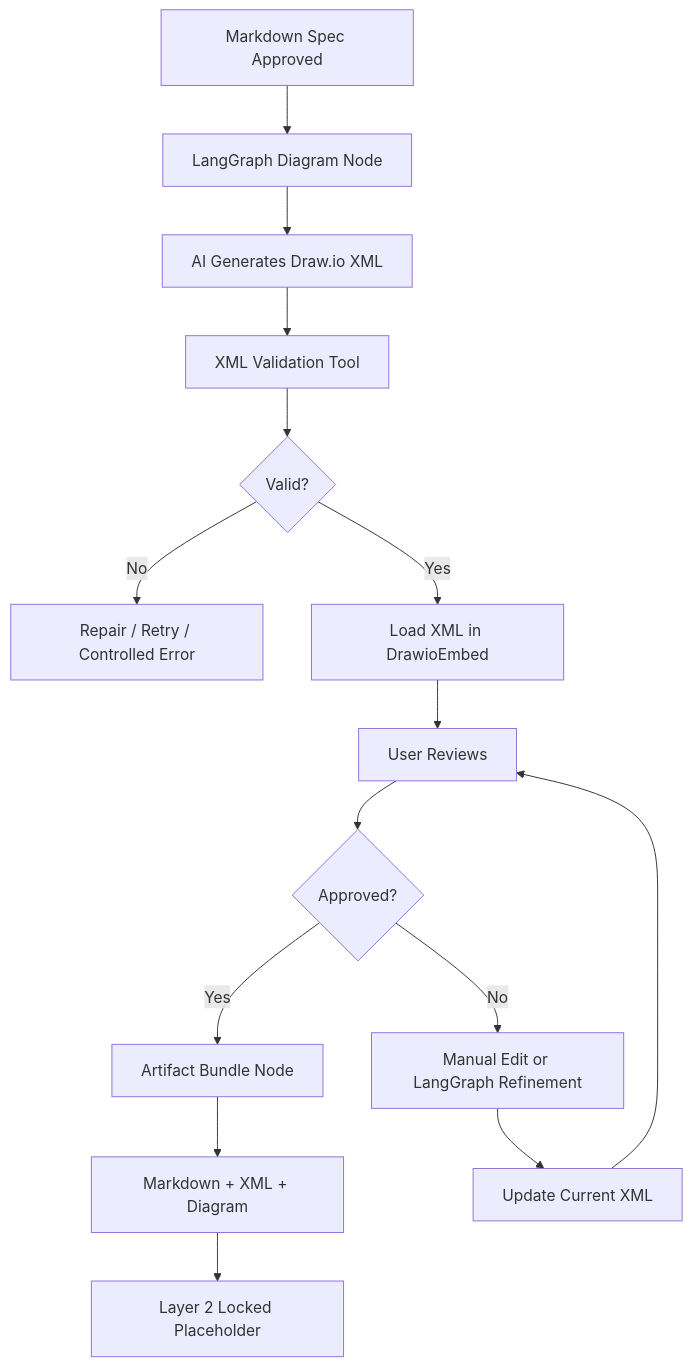
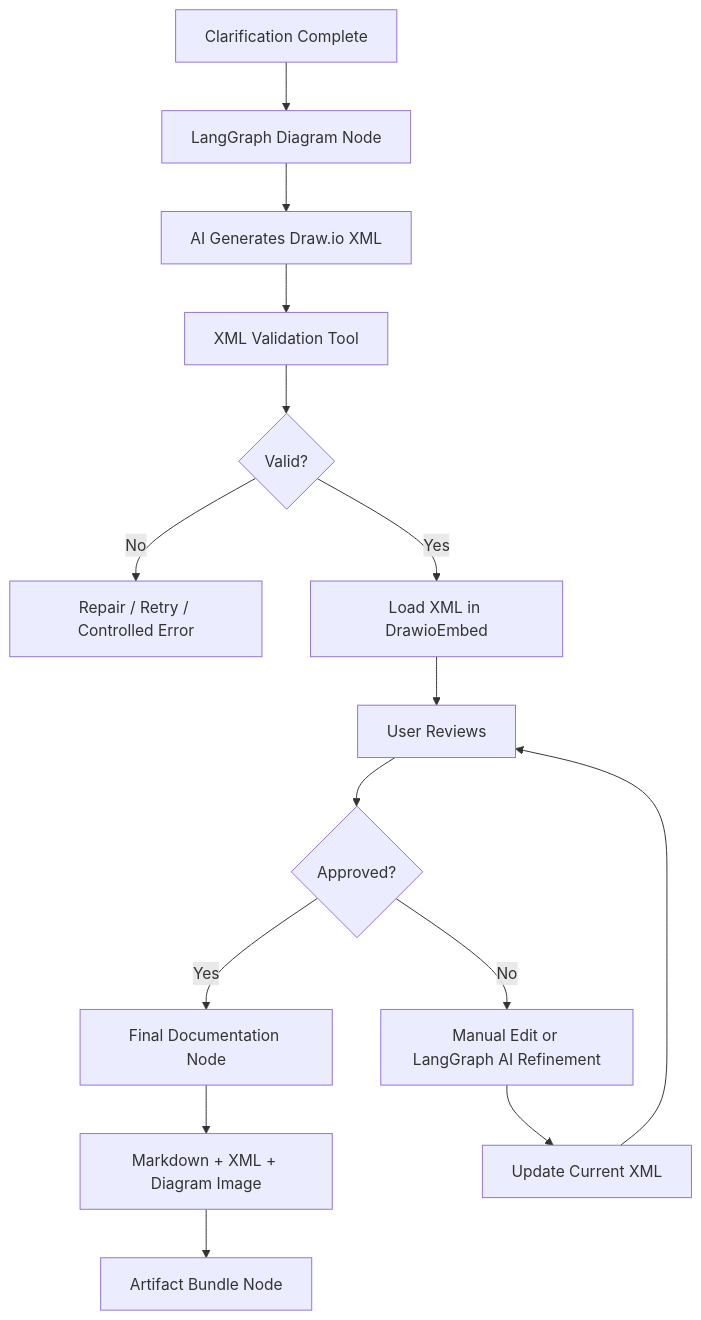
Diagram 15 of 19 in Docs/system-design-detailed-plan.md (ProductMasterz/Mujarrad-Frontend), drawn with Mermaid before and after one commit. The commit also changed other lines of this file, not shown here.

Commit message:
Sync corrected system design roadmap

````diff
--- a/Docs/system-design-detailed-plan.md
+++ b/Docs/system-design-detailed-plan.md
@@ -2215,18 +2286,18 @@
 ```mermaid
 flowchart TD
-    A[Markdown Spec Approved] --> B[LangGraph Diagram Node]
+    A[Clarification Complete] --> B[LangGraph Diagram Node]
     B --> C[AI Generates Draw.io XML]
     C --> D[XML Validation Tool]
     D --> E{Valid?}
     E -->|No| F[Repair / Retry / Controlled Error]
     E -->|Yes| G[Load XML in DrawioEmbed]
     G --> H[User Reviews]
     H --> I{Approved?}
-    I -->|Yes| J[Artifact Bundle Node]
-    I -->|No| K[Manual Edit or LangGraph Refinement]
+    I -->|Yes| J[Final Documentation Node]
+    I -->|No| K[Manual Edit or LangGraph AI Refinement]
     K --> L[Update Current XML]
     L --> H
 
-    J --> M[Markdown + XML + Diagram]
-    M --> N[Layer 2 Locked Placeholder]
+    J --> M[Markdown + XML + Diagram Image]
+    M --> N[Artifact Bundle Node]
 ```
````
